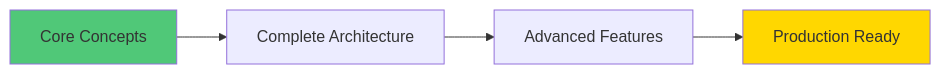
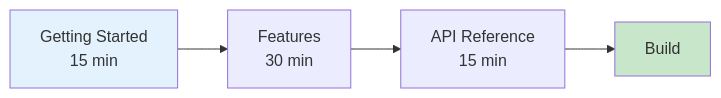
Before and after one commit to Manoj-tawk/tawk-agents-sdk: the second of 4 diagrams in docs/STRUCTURE.md, drawn with Mermaid. The commit also changed other lines of this file and 32 other files, not shown here.

````diff
--- a/docs/STRUCTURE.md
+++ b/docs/STRUCTURE.md
@@ -154,9 +114,9 @@
 ```mermaid
-graph LR
-    A[Core Concepts] --> B[Complete Architecture]
-    B --> C[Advanced Features]
-    C --> D[Production Ready]
+flowchart LR
+    A[Getting Started<br/>15 min] --> B[Features<br/>30 min]
+    B --> C[API Reference<br/>15 min]
+    C --> D[Build]
     
-    style A fill:#50c878
-    style D fill:#ffd700
+    style A fill:#e3f2fd
+    style D fill:#c8e6c9
 ```
````
